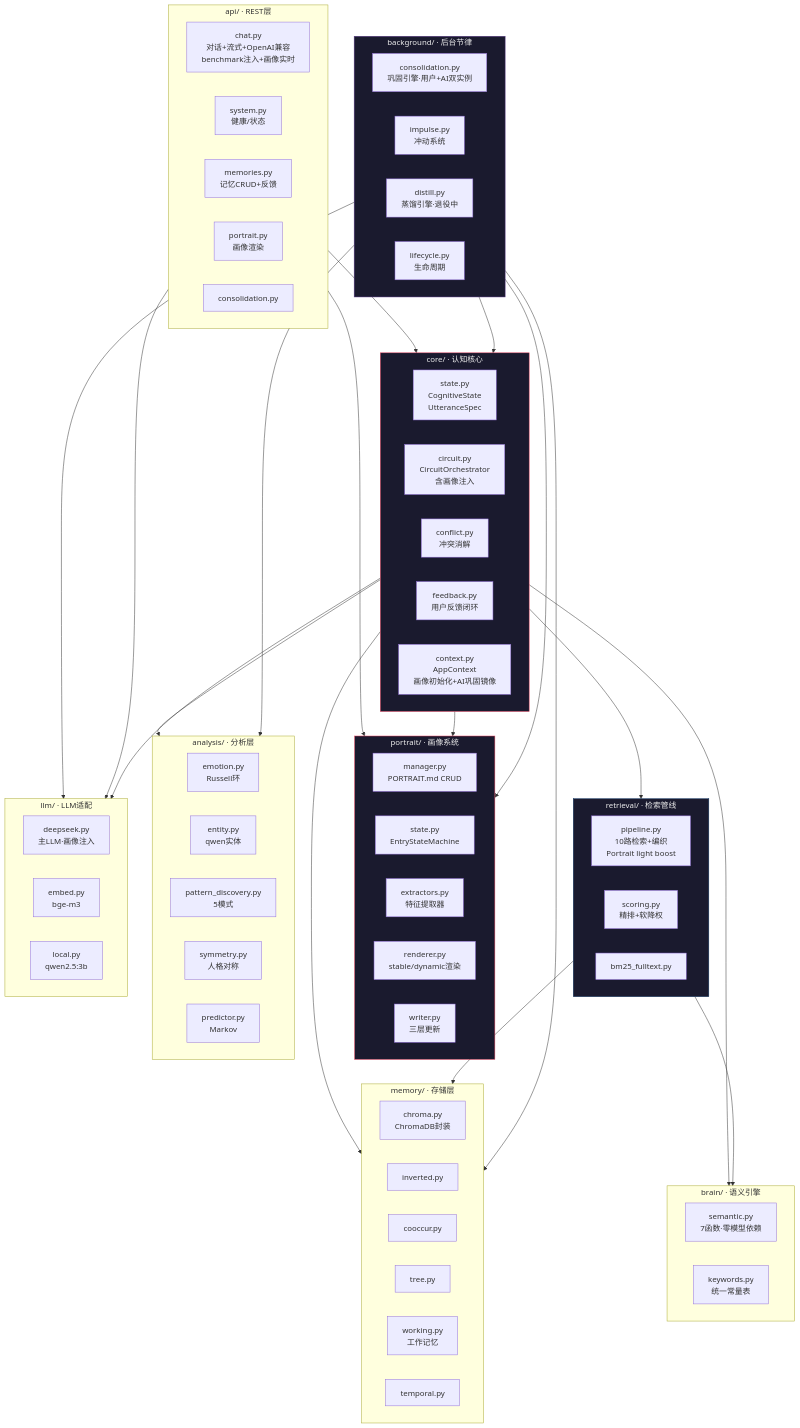
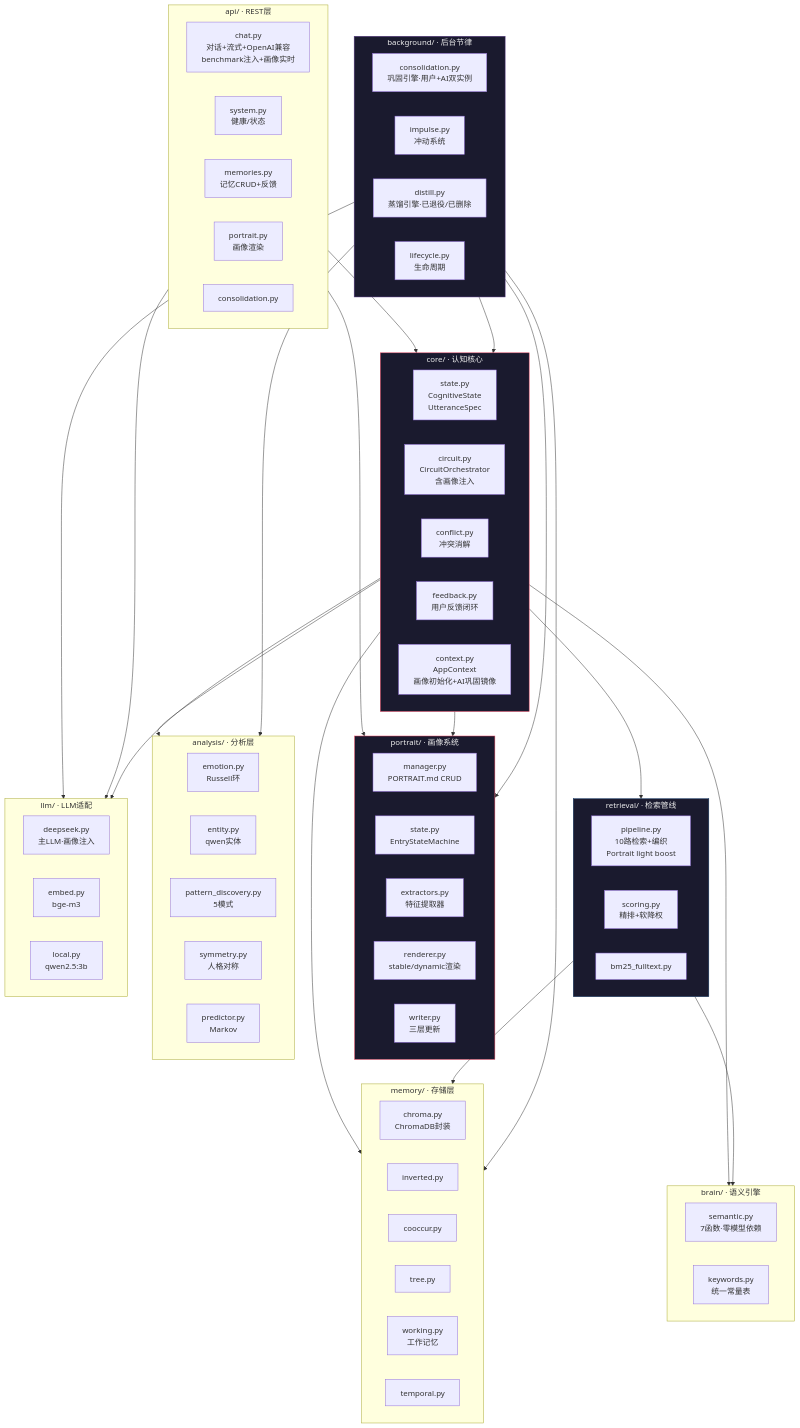
The ninth of 11 diagrams in ARCHITECTURE_DIAGRAM.md (834063245-creator/-First-beat.CH-MemorySystem), drawn with Mermaid before and after one commit. The commit also changed other lines of this file and 13 other files, not shown here.

```diff
--- a/ARCHITECTURE_DIAGRAM.md
+++ b/ARCHITECTURE_DIAGRAM.md
@@ -394,7 +394,7 @@
     subgraph BACKGROUND["background/ · 后台节律"]
         CONS_BG["consolidation.py<br/>巩固引擎·用户+AI双实例"]
         IMP_BG["impulse.py<br/>冲动系统"]
-        DIST_BG["distill.py<br/>蒸馏引擎·退役中"]
+        DIST_BG["distill.py<br/>蒸馏引擎·已退役/已删除"]
         LIFE_BG["lifecycle.py<br/>生命周期"]
     end
 
```
